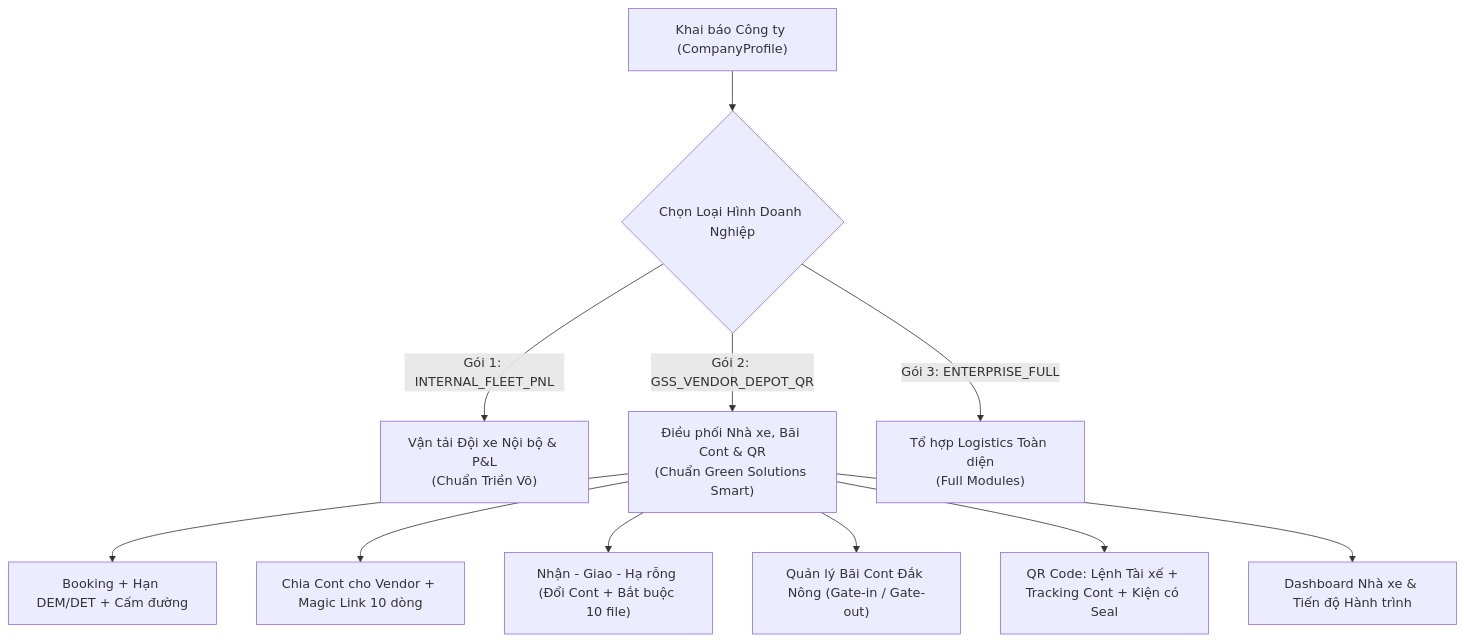
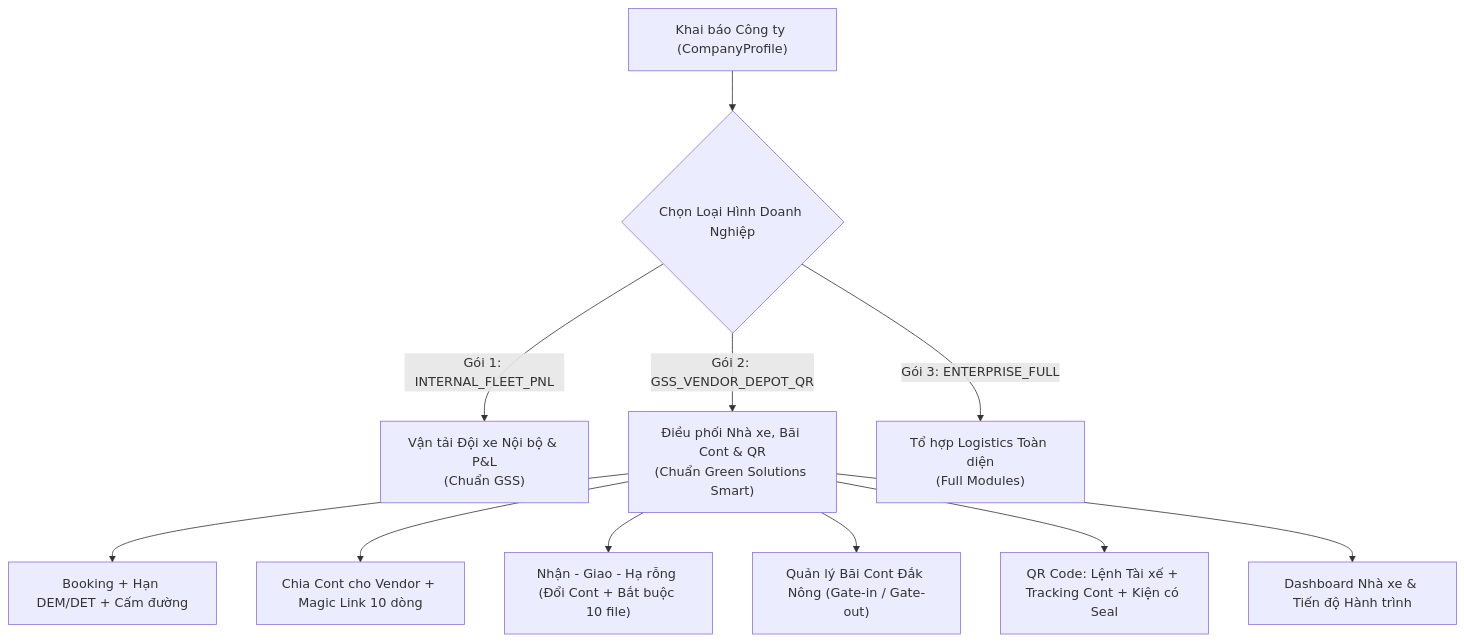
Before and after one commit to hongsonphan/GSS_LOGISTICs: the first of 4 diagrams in docs/BRD_GREEN_SOLUTIONS_SMART_GSS.md, drawn with Mermaid. The commit also changed other lines of this file and 74 other files, not shown here.

````diff
--- a/docs/BRD_GREEN_SOLUTIONS_SMART_GSS.md
+++ b/docs/BRD_GREEN_SOLUTIONS_SMART_GSS.md
@@ -56,14 +56,14 @@
 ```mermaid
 flowchart TD
     A["Khai báo Công ty (CompanyProfile)"] --> B{"Chọn Loại Hình Doanh Nghiệp"}
-    B -->|Gói 1: INTERNAL_FLEET_PNL| C["Vận tải Đội xe Nội bộ & P&L<br/>(Chuẩn Triền Võ)"]
+    B -->|Gói 1: INTERNAL_FLEET_PNL| C["Vận tải Đội xe Nội bộ & P&L<br/>(Chuẩn GSS)"]
     B -->|Gói 2: GSS_VENDOR_DEPOT_QR| D["Điều phối Nhà xe, Bãi Cont & QR<br/>(Chuẩn Green Solutions Smart)"]
     B -->|Gói 3: ENTERPRISE_FULL| E["Tổ hợp Logistics Toàn diện<br/>(Full Modules)"]
     
     D --> D1["Booking + Hạn DEM/DET + Cấm đường"]
     D --> D2["Chia Cont cho Vendor + Magic Link 10 dòng"]
     D --> D3["Nhận - Giao - Hạ rỗng (Đổi Cont + Bắt buộc 10 file)"]
     D --> D4["Quản lý Bãi Cont Đắk Nông (Gate-in / Gate-out)"]
     D --> D5["QR Code: Lệnh Tài xế + Tracking Cont + Kiện có Seal"]
     D --> D6["Dashboard Nhà xe & Tiến độ Hành trình"]
 ```
````
